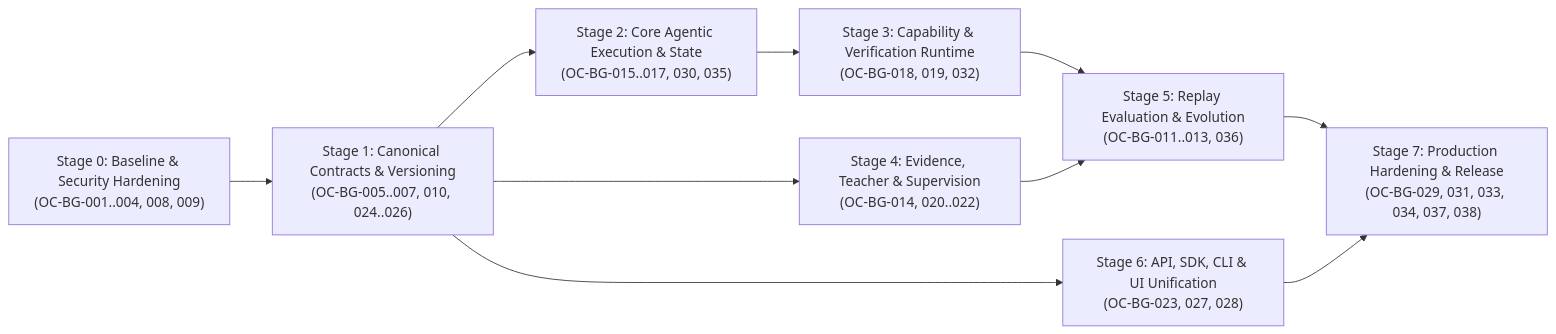
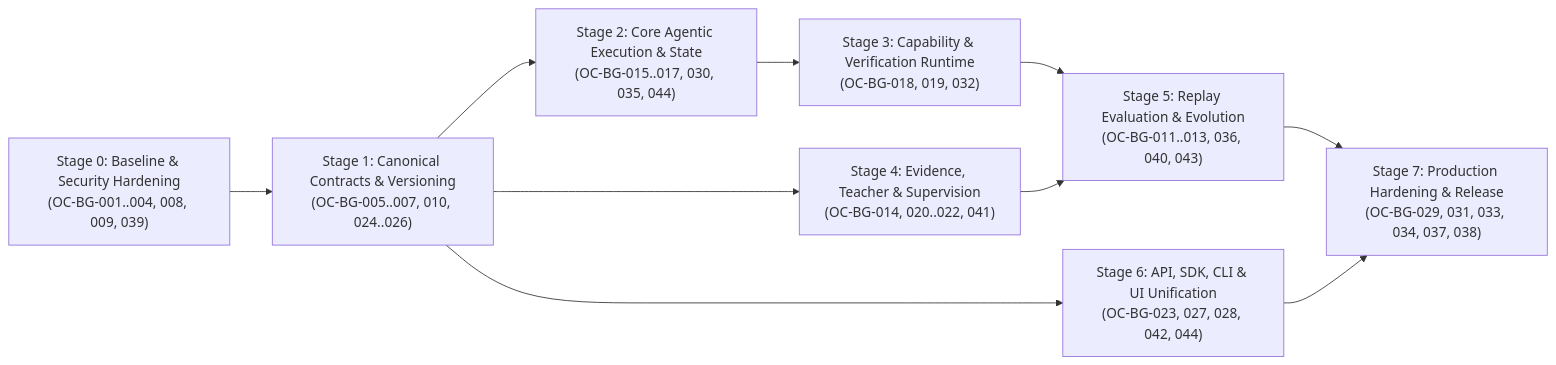
One commit to yassincodes404/OpenClass changed the diagram in docs/agentic-engineering/05-roadmap-and-first-10-tasks.md. Above: the diagram before and after it, drawn with Mermaid. The commit also changed other lines of this file and 44 other files, not shown here.

````diff
--- a/docs/agentic-engineering/05-roadmap-and-first-10-tasks.md
+++ b/docs/agentic-engineering/05-roadmap-and-first-10-tasks.md
@@ -10,12 +10,12 @@
 ```mermaid
 flowchart LR
-  S0["Stage 0: Baseline & Security Hardening<br/>(OC-BG-001..004, 008, 009)"] --> S1["Stage 1: Canonical Contracts & Versioning<br/>(OC-BG-005..007, 010, 024..026)"]
-  S1 --> S2["Stage 2: Core Agentic Execution & State<br/>(OC-BG-015..017, 030, 035)"]
+  S0["Stage 0: Baseline & Security Hardening<br/>(OC-BG-001..004, 008, 009, 039)"] --> S1["Stage 1: Canonical Contracts & Versioning<br/>(OC-BG-005..007, 010, 024..026)"]
+  S1 --> S2["Stage 2: Core Agentic Execution & State<br/>(OC-BG-015..017, 030, 035, 044)"]
   S2 --> S3["Stage 3: Capability & Verification Runtime<br/>(OC-BG-018, 019, 032)"]
-  S1 --> S4["Stage 4: Evidence, Teacher & Supervision<br/>(OC-BG-014, 020..022)"]
-  S3 --> S5["Stage 5: Replay Evaluation & Evolution<br/>(OC-BG-011..013, 036)"]
+  S1 --> S4["Stage 4: Evidence, Teacher & Supervision<br/>(OC-BG-014, 020..022, 041)"]
+  S3 --> S5["Stage 5: Replay Evaluation & Evolution<br/>(OC-BG-011..013, 036, 040, 043)"]
   S4 --> S5
-  S1 --> S6["Stage 6: API, SDK, CLI & UI Unification<br/>(OC-BG-023, 027, 028)"]
+  S1 --> S6["Stage 6: API, SDK, CLI & UI Unification<br/>(OC-BG-023, 027, 028, 042, 044)"]
   S5 --> S7["Stage 7: Production Hardening & Release<br/>(OC-BG-029, 031, 033, 034, 037, 038)"]
   S6 --> S7
 ```
````
